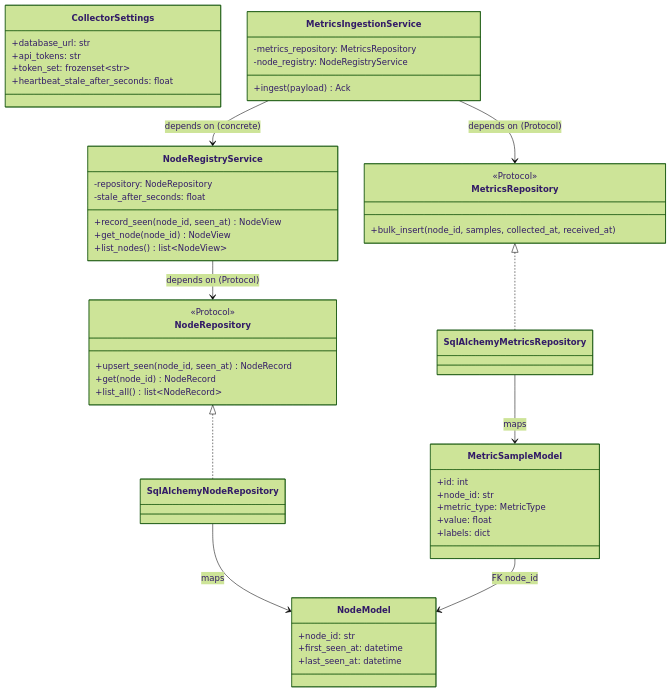
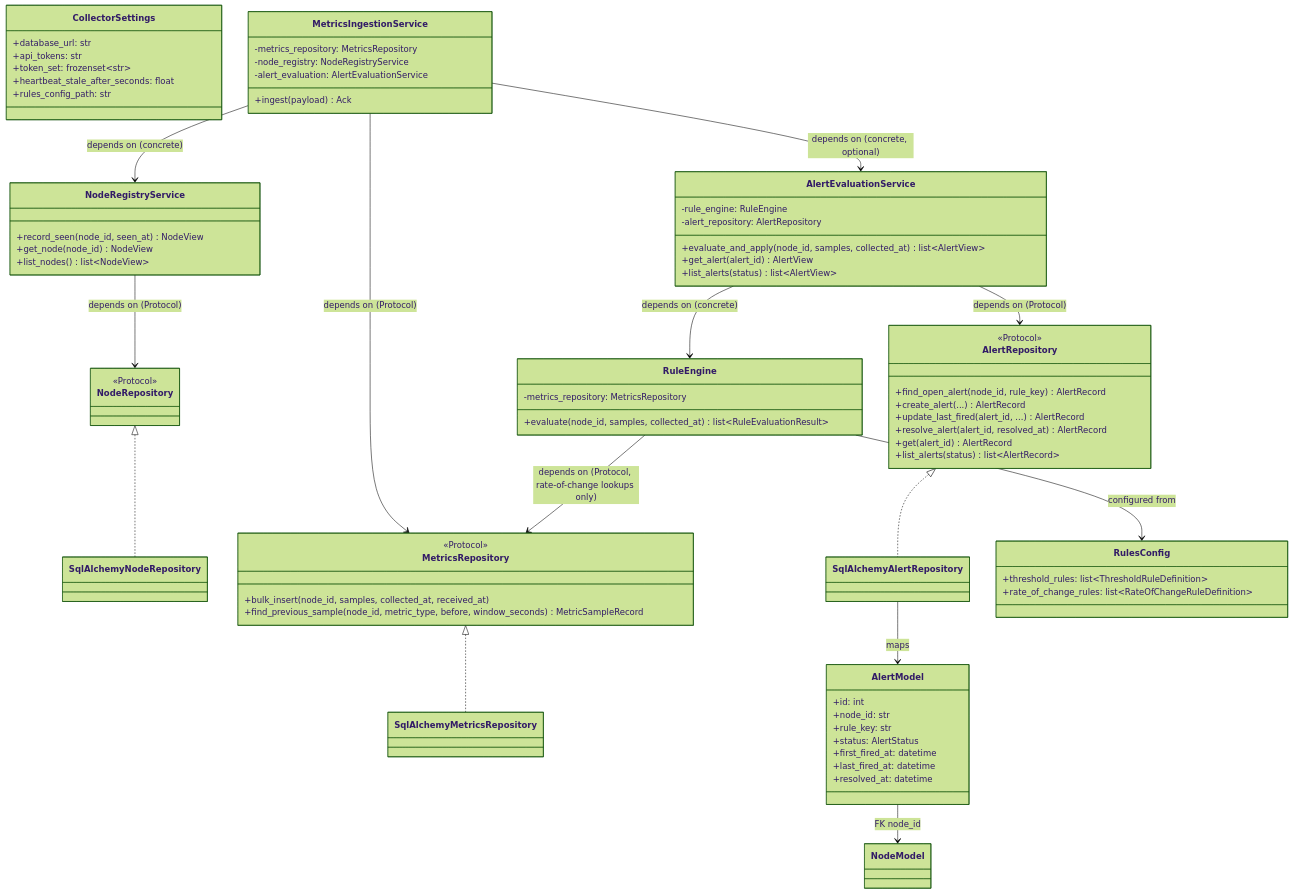
One commit to jayasati/ClusterPulse changed the first of 3 diagrams in collector/architecture.md. Above: the diagram before and after it, drawn with Mermaid (forest theme). The commit also changed other lines of this file and 37 other files, not shown here.

First line of the commit message:
feat: Implement rule evaluation system with threshold and rate-of-change rules

````diff
--- a/collector/architecture.md
+++ b/collector/architecture.md
@@ -20,58 +25,82 @@
 ```mermaid
 classDiagram
     class CollectorSettings {
         +database_url: str
         +api_tokens: str
         +token_set: frozenset~str~
         +heartbeat_stale_after_seconds: float
+        +rules_config_path: str
     }
 
-    class NodeRepository {
-        <<Protocol>>
-        +upsert_seen(node_id, seen_at) NodeRecord
-        +get(node_id) NodeRecord
-        +list_all() list~NodeRecord~
-    }
+    class NodeRepository { <<Protocol>> }
     class SqlAlchemyNodeRepository
     class MetricsRepository {
         <<Protocol>>
         +bulk_insert(node_id, samples, collected_at, received_at)
+        +find_previous_sample(node_id, metric_type, before, window_seconds) MetricSampleRecord
     }
     class SqlAlchemyMetricsRepository
+    class AlertRepository {
+        <<Protocol>>
+        +find_open_alert(node_id, rule_key) AlertRecord
+        +create_alert(...) AlertRecord
+        +update_last_fired(alert_id, ...) AlertRecord
+        +resolve_alert(alert_id, resolved_at) AlertRecord
+        +get(alert_id) AlertRecord
+        +list_alerts(status) list~AlertRecord~
+    }
+    class SqlAlchemyAlertRepository
 
     NodeRepository <|.. SqlAlchemyNodeRepository
     MetricsRepository <|.. SqlAlchemyMetricsRepository
+    AlertRepository <|.. SqlAlchemyAlertRepository
+
+    class RulesConfig {
+        +threshold_rules: list~ThresholdRuleDefinition~
+        +rate_of_change_rules: list~RateOfChangeRuleDefinition~
+    }
+    class RuleEngine {
+        -metrics_repository: MetricsRepository
+        +evaluate(node_id, samples, collected_at) list~RuleEvaluationResult~
+    }
+    RuleEngine --> RulesConfig : configured from
+    RuleEngine --> MetricsRepository : depends on (Protocol, rate-of-change lookups only)
 
     class NodeRegistryService {
-        -repository: NodeRepository
-        -stale_after_seconds: float
         +record_seen(node_id, seen_at) NodeView
         +get_node(node_id) NodeView
         +list_nodes() list~NodeView~
     }
+    class AlertEvaluationService {
+        -rule_engine: RuleEngine
+        -alert_repository: AlertRepository
+        +evaluate_and_apply(node_id, samples, collected_at) list~AlertView~
+        +get_alert(alert_id) AlertView
+        +list_alerts(status) list~AlertView~
+    }
     class MetricsIngestionService {
         -metrics_repository: MetricsRepository
         -node_registry: NodeRegistryService
+        -alert_evaluation: AlertEvaluationService
         +ingest(payload) Ack
     }
 
     NodeRegistryService --> NodeRepository : depends on (Protocol)
+    AlertEvaluationService --> RuleEngine : depends on (concrete)
+    AlertEvaluationService --> AlertRepository : depends on (Protocol)
     MetricsIngestionService --> MetricsRepository : depends on (Protocol)
     MetricsIngestionService --> NodeRegistryService : depends on (concrete)
+    MetricsIngestionService --> AlertEvaluationService : depends on (concrete, optional)
 
-    class NodeModel {
-        +node_id: str
-        +first_seen_at: datetime
-        +last_seen_at: datetime
-    }
-    class MetricSampleModel {
+    class AlertModel {
         +id: int
         +node_id: str
-        +metric_type: MetricType
-        +value: float
-        +labels: dict
+        +rule_key: str
+        +status: AlertStatus
+        +first_fired_at: datetime
+        +last_fired_at: datetime
+        +resolved_at: datetime
     }
-    SqlAlchemyNodeRepository --> NodeModel : maps
-    SqlAlchemyMetricsRepository --> MetricSampleModel : maps
-    MetricSampleModel --> NodeModel : FK node_id
+    SqlAlchemyAlertRepository --> AlertModel : maps
+    AlertModel --> NodeModel : FK node_id
 ```
````
